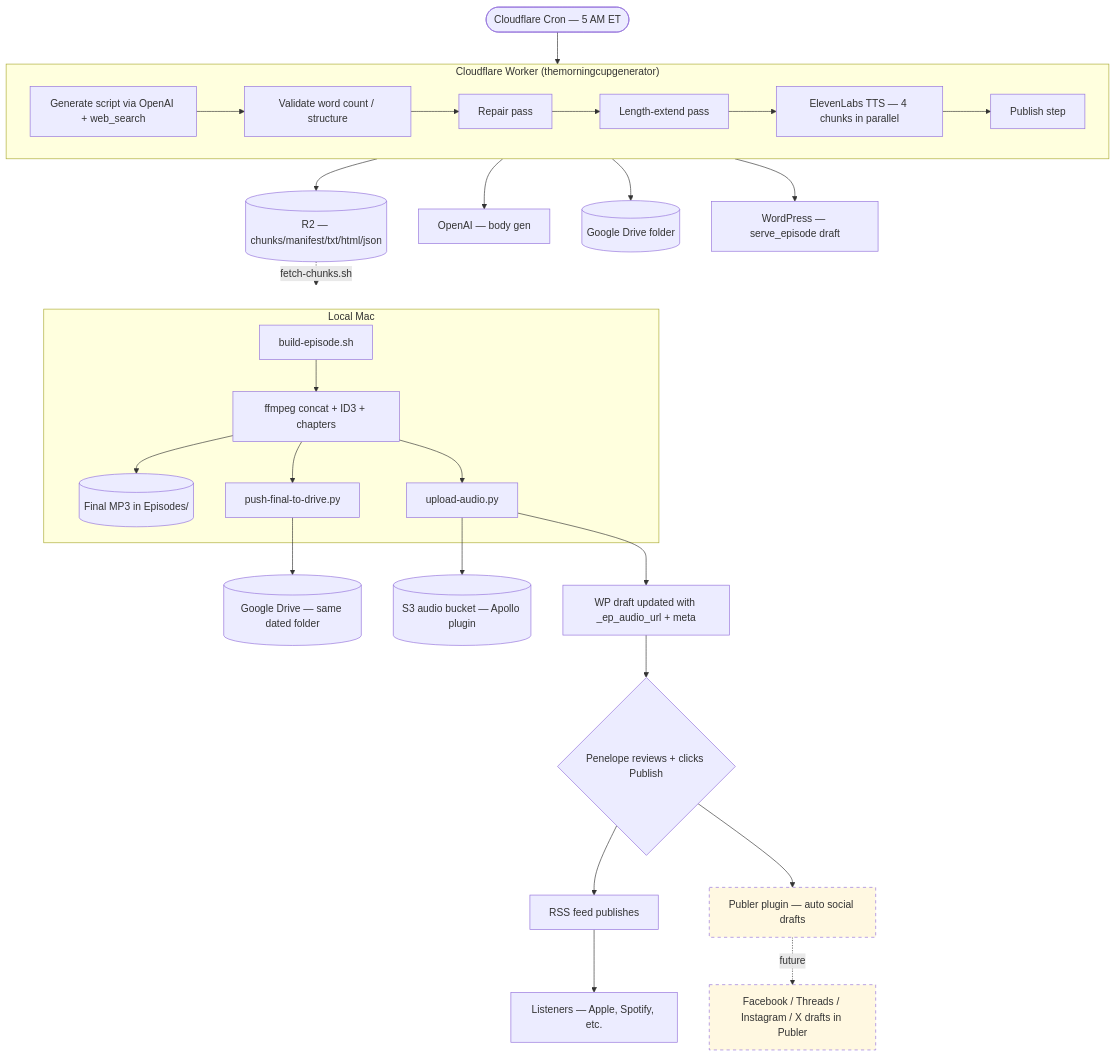
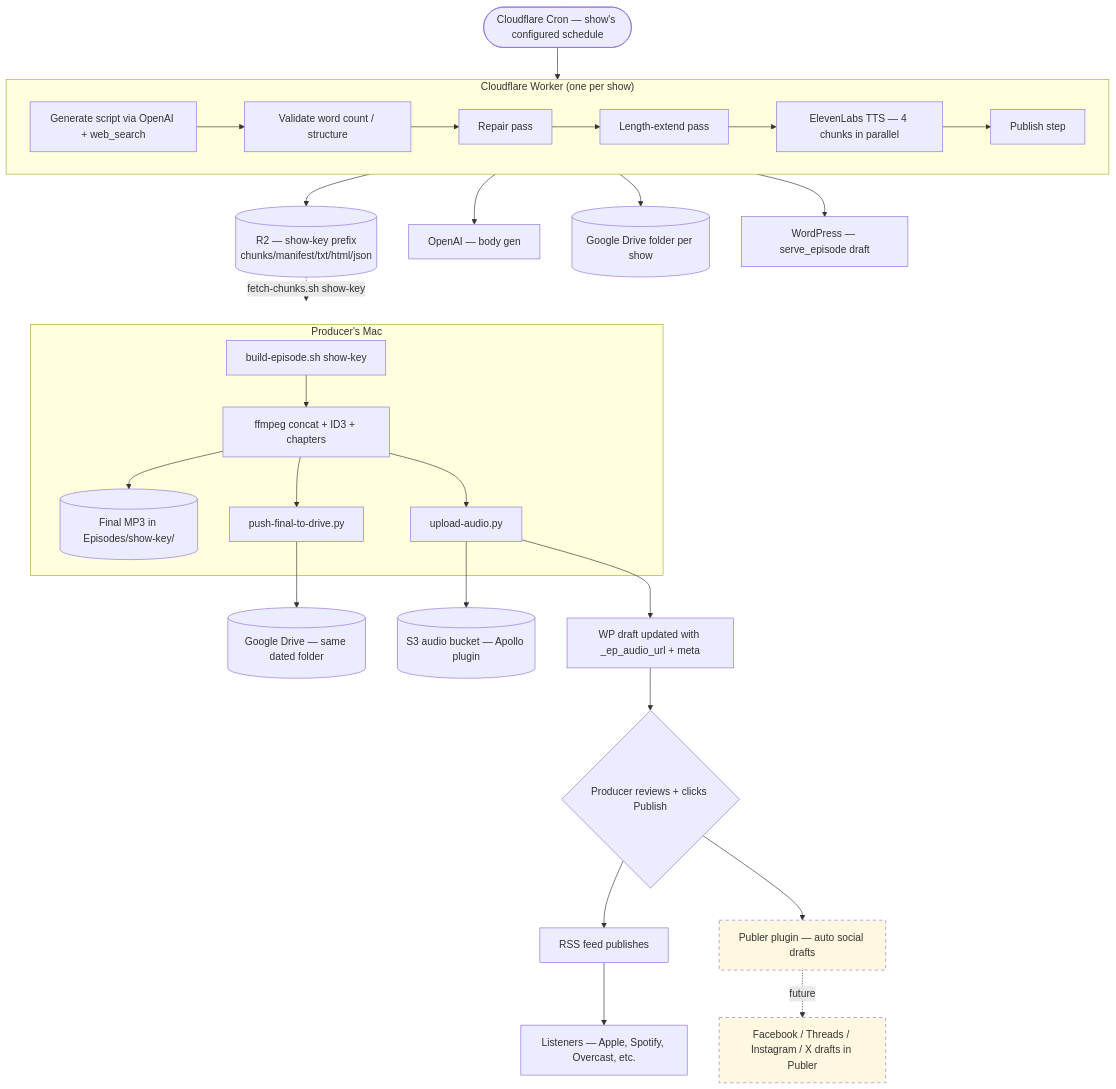
The first of 8 diagrams in docs/PIPELINE.md (pennydoesdev/TheMorningCup-Episode-Generator), drawn with Mermaid before and after one commit. The commit also changed other lines of this file, not shown here.

Commit message:
PIPELINE.md: rewrite generic for any show (no Morning Cup specifics)

````diff
--- a/docs/PIPELINE.md
+++ b/docs/PIPELINE.md
@@ -27,38 +25,38 @@
 ```mermaid
 flowchart TD
-  Cron(["Cloudflare Cron — 5 AM ET"]) --> Worker
-  subgraph Worker["Cloudflare Worker (themorningcupgenerator)"]
+  Cron(["Cloudflare Cron — show's configured schedule"]) --> Worker
+  subgraph Worker["Cloudflare Worker (one per show)"]
     Gen[Generate script via OpenAI + web_search]
     Val[Validate word count / structure]
     Rep[Repair pass]
     Ext[Length-extend pass]
     TTS[ElevenLabs TTS — 4 chunks in parallel]
     Pub[Publish step]
     Gen --> Val --> Rep --> Ext --> TTS --> Pub
   end
-  Worker --> R2C[(R2 — chunks/manifest/txt/html/json)]
+  Worker --> R2C[(R2 — show-key prefix\nchunks/manifest/txt/html/json)]
   Worker --> OpenAI2[OpenAI — body gen]
-  Worker --> Drive1[(Google Drive folder)]
+  Worker --> Drive1[(Google Drive folder per show)]
   Worker --> WP1[WordPress — serve_episode draft]
 
-  R2C -.->|fetch-chunks.sh| Mac
-  subgraph Mac["Local Mac"]
-    Build[build-episode.sh]
+  R2C -.->|fetch-chunks.sh show-key| Mac
+  subgraph Mac["Producer's Mac"]
+    Build[build-episode.sh show-key]
     Build --> FF[ffmpeg concat + ID3 + chapters]
-    FF --> Final[(Final MP3 in Episodes/)]
+    FF --> Final[(Final MP3 in Episodes/show-key/)]
     FF --> PushDrive[push-final-to-drive.py]
     FF --> UploadAudio[upload-audio.py]
   end
   PushDrive --> Drive2[(Google Drive — same dated folder)]
   UploadAudio --> S3A[(S3 audio bucket — Apollo plugin)]
   UploadAudio --> WP2[WP draft updated with _ep_audio_url + meta]
 
-  WP2 --> Reviewer{Penelope reviews + clicks Publish}
+  WP2 --> Reviewer{Producer reviews + clicks Publish}
   Reviewer --> RSS[RSS feed publishes]
   Reviewer --> SocialPlanned[Publer plugin — auto social drafts]
-  RSS --> Listeners[Listeners — Apple, Spotify, etc.]
+  RSS --> Listeners[Listeners — Apple, Spotify, Overcast, etc.]
   SocialPlanned -.->|future| Social[Facebook / Threads / Instagram / X drafts in Publer]
 
   classDef future stroke-dasharray: 5 5,fill:#fff8e1
   class SocialPlanned,Social future
 ```
````
